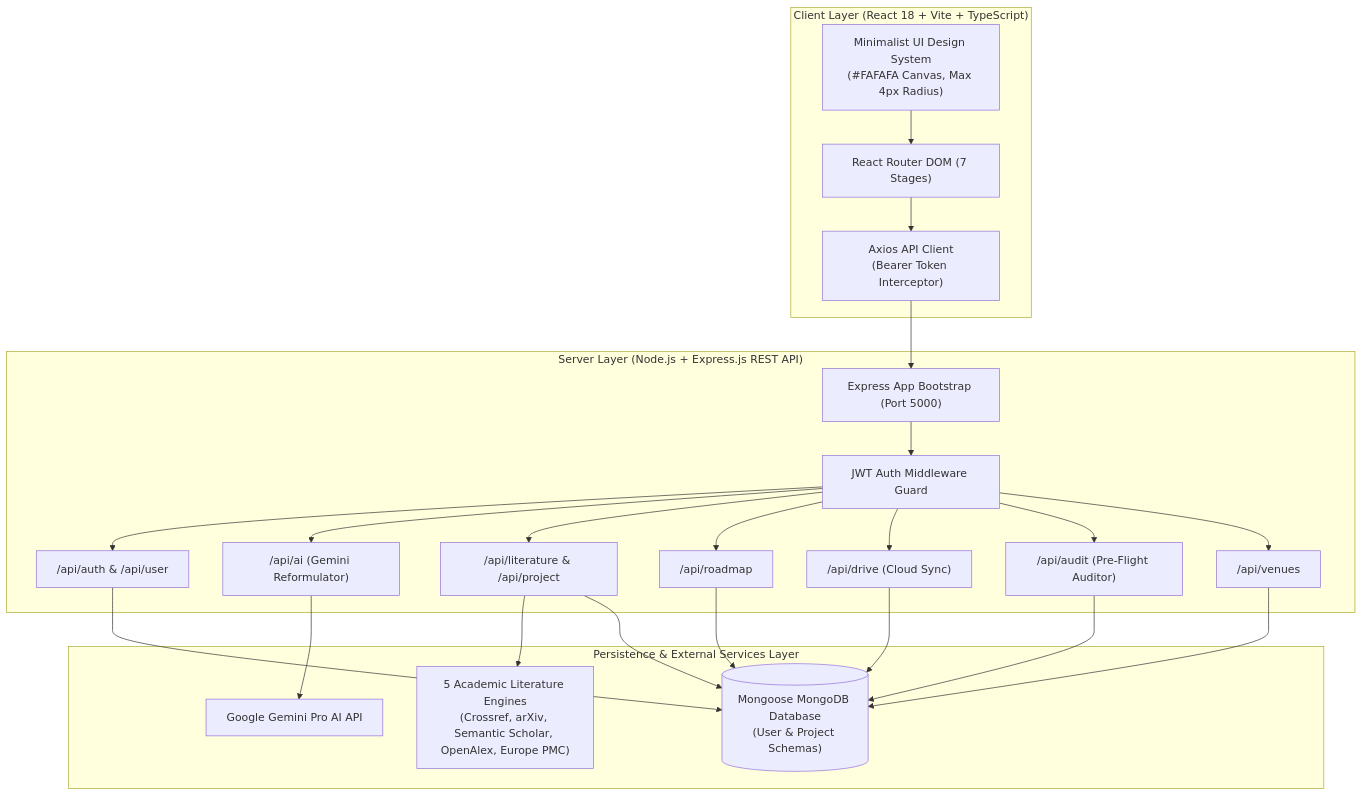
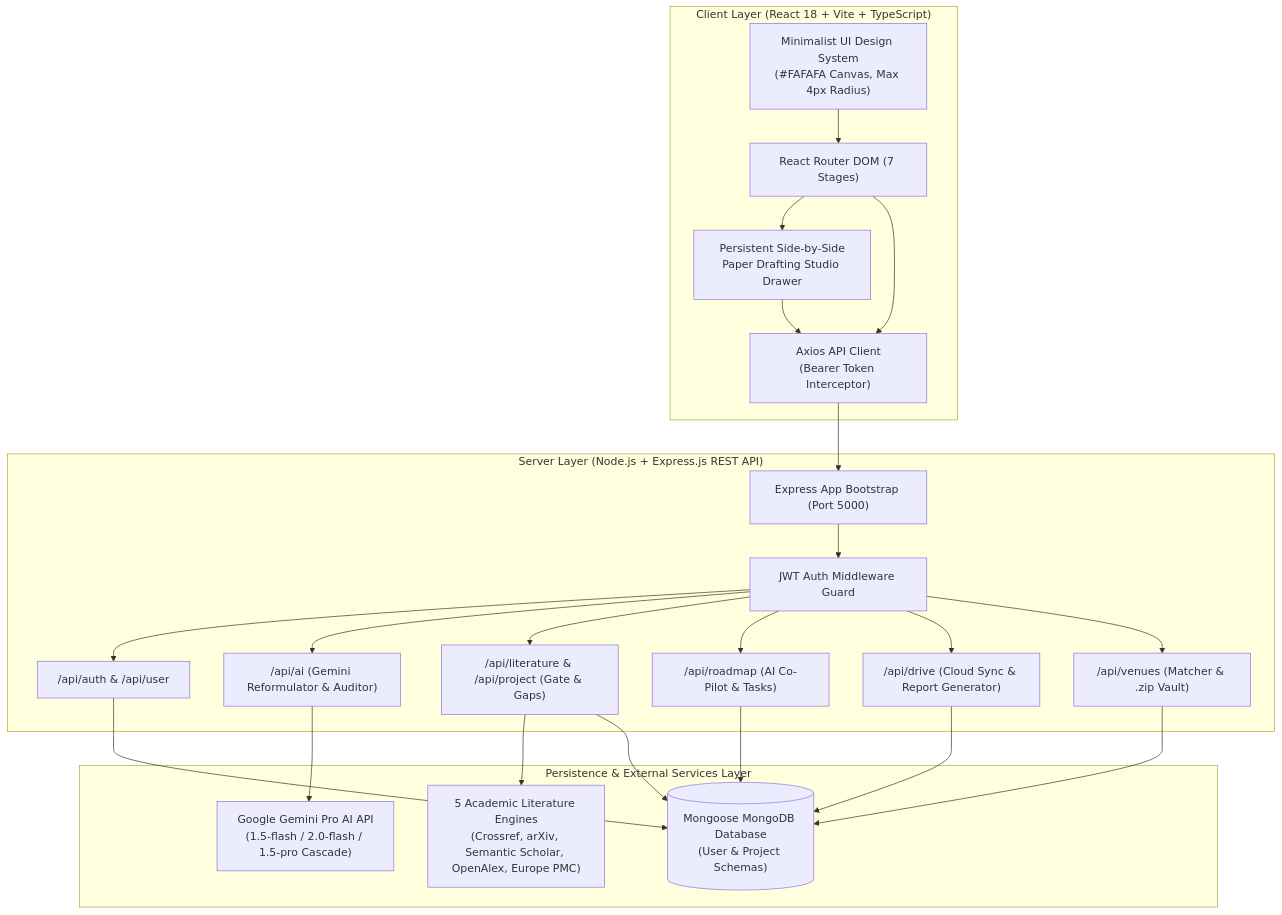
One commit to jayesh-thar/Researcher-Campus changed the first of 3 diagrams in ARCHITECTURE.md. Above: the diagram before and after it, drawn with Mermaid. The commit also changed other lines of this file and 1 other file, not shown here.

Commit message:
docs: finalize ARCHITECTURE and DEMO walkthrough guides for production release

````diff
--- a/ARCHITECTURE.md
+++ b/ARCHITECTURE.md
@@ -11,47 +11,47 @@
 ```mermaid
 graph TD
     subgraph Client ["Client Layer (React 18 + Vite + TypeScript)"]
         UI["Minimalist UI Design System<br/>(#FAFAFA Canvas, Max 4px Radius)"]
         Router["React Router DOM (7 Stages)"]
+        SideDrawer["Persistent Side-by-Side<br/>Paper Drafting Studio Drawer"]
         Axios["Axios API Client<br/>(Bearer Token Interceptor)"]
     end
 
     subgraph Server ["Server Layer (Node.js + Express.js REST API)"]
         Express["Express App Bootstrap (Port 5000)"]
         AuthMw["JWT Auth Middleware Guard"]
         AuthRoutes["/api/auth & /api/user"]
-        AIRoutes["/api/ai (Gemini Reformulator)"]
-        LitRoutes["/api/literature & /api/project"]
-        RoadmapRoutes["/api/roadmap"]
-        DriveRoutes["/api/drive (Cloud Sync)"]
-        AuditRoutes["/api/audit (Pre-Flight Auditor)"]
-        VenueRoutes["/api/venues"]
+        AIRoutes["/api/ai (Gemini Reformulator & Auditor)"]
+        LitRoutes["/api/literature & /api/project (Gate & Gaps)"]
+        RoadmapRoutes["/api/roadmap (AI Co-Pilot & Tasks)"]
+        DriveRoutes["/api/drive (Cloud Sync & Report Generator)"]
+        VenueRoutes["/api/venues (Matcher & .zip Vault)"]
     end
 
     subgraph DB ["Persistence & External Services Layer"]
         MongoDB[("Mongoose MongoDB Database<br/>(User & Project Schemas)")]
-        Gemini["Google Gemini Pro AI API"]
+        Gemini["Google Gemini Pro AI API<br/>(1.5-flash / 2.0-flash / 1.5-pro Cascade)"]
         Apis["5 Academic Literature Engines<br/>(Crossref, arXiv, Semantic Scholar, OpenAlex, Europe PMC)"]
     end
 
     UI --> Router
+    Router --> SideDrawer
     Router --> Axios
+    SideDrawer --> Axios
     Axios --> Express
     Express --> AuthMw
     AuthMw --> AuthRoutes
     AuthMw --> AIRoutes
     AuthMw --> LitRoutes
     AuthMw --> RoadmapRoutes
     AuthMw --> DriveRoutes
-    AuthMw --> AuditRoutes
     AuthMw --> VenueRoutes
 
     AuthRoutes --> MongoDB
     AIRoutes --> Gemini
     LitRoutes --> Apis
     LitRoutes --> MongoDB
     RoadmapRoutes --> MongoDB
     DriveRoutes --> MongoDB
-    AuditRoutes --> MongoDB
     VenueRoutes --> MongoDB
 ```
````
